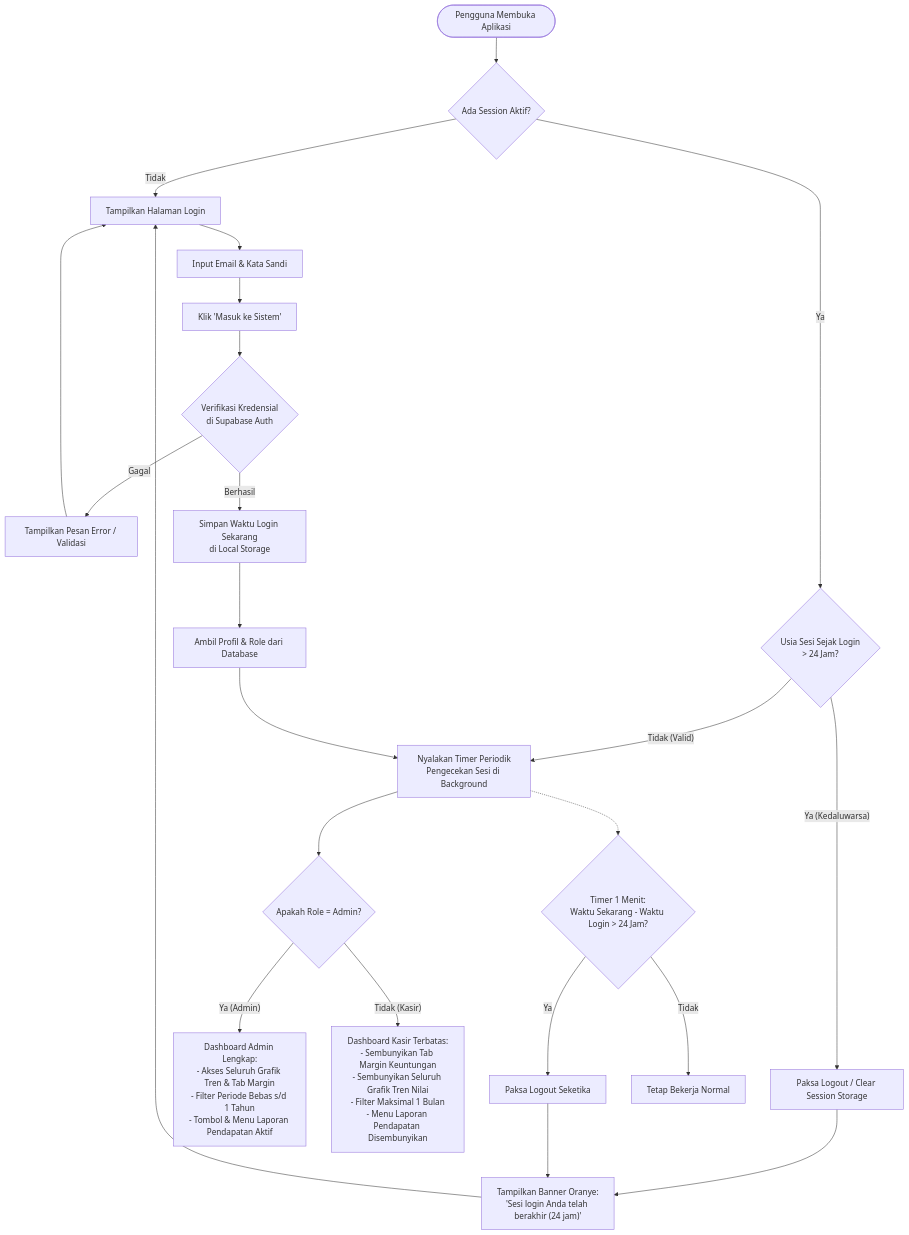
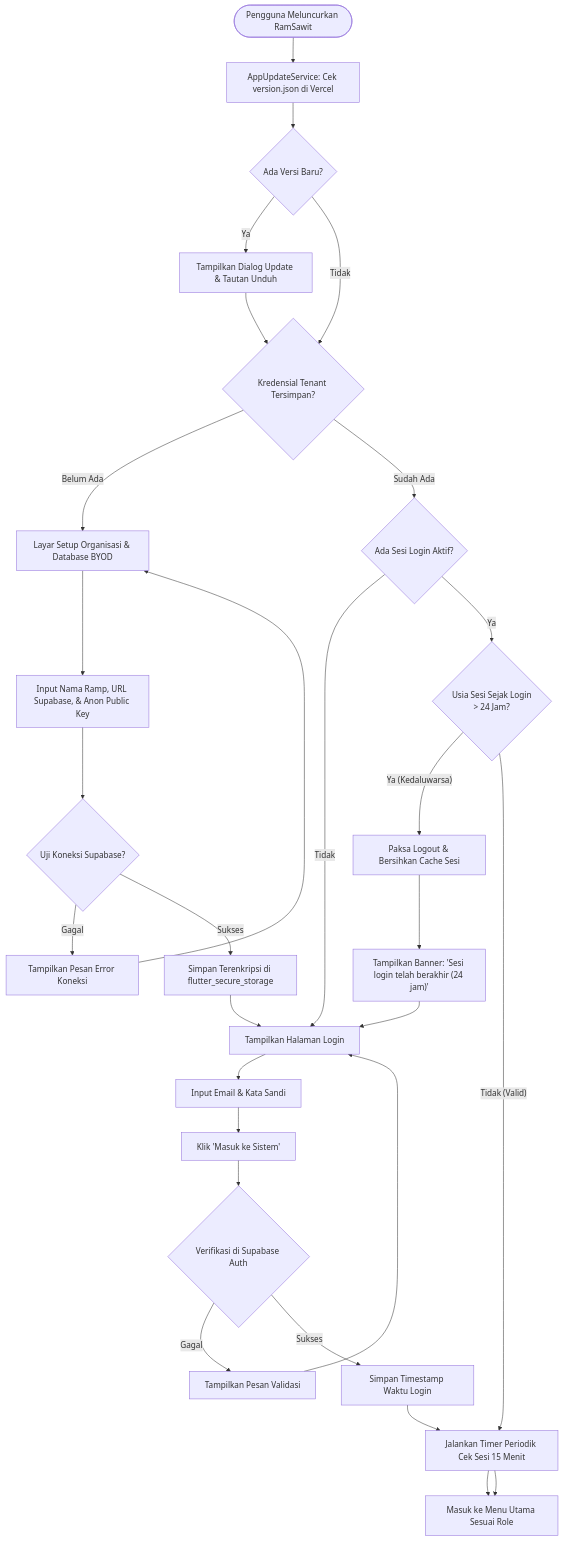
The sixth of 13 diagrams in doc/DIAGRAM-SISTEM-Aplikasi-Transaksi-Sawit.md (Mfkr07/RamSawit-App), drawn with Mermaid before and after one commit. The commit also changed other lines of this file and 7 other files, not shown here.

````diff
--- a/doc/DIAGRAM-SISTEM-Aplikasi-Transaksi-Sawit.md
+++ b/doc/DIAGRAM-SISTEM-Aplikasi-Transaksi-Sawit.md
@@ -391,35 +448,28 @@
 ```mermaid
 flowchart TD
-    Start([Pengguna Membuka Aplikasi]) --> CheckSession{Ada Session Aktif?}
-    
+    Start([Pengguna Meluncurkan RamSawit]) --> CheckUpdate[AppUpdateService: Cek version.json di Vercel]
+    CheckUpdate --> UpdatePrompt{Ada Versi Baru?}
+    UpdatePrompt -- Ya --> ShowModalUpdate[Tampilkan Dialog Update & Tautan Unduh]
+    UpdatePrompt -- Tidak --> CheckBYOD{Kredensial Tenant Tersimpan?}
+    ShowModalUpdate --> CheckBYOD
+
+    CheckBYOD -- Belum Ada --> SetupPage[Layar Setup Organisasi & Database BYOD]
+    SetupPage --> InputKey[Input Nama Ramp, URL Supabase, & Anon Public Key]
+    InputKey --> TestConn{Uji Koneksi Supabase?}
+    TestConn -- Gagal --> ShowErrConn[Tampilkan Pesan Error Koneksi] --> SetupPage
+    TestConn -- Sukses --> SaveSecure[Simpan Terenkripsi di flutter_secure_storage] --> LoginPage
+
+    CheckBYOD -- Sudah Ada --> CheckSession{Ada Sesi Login Aktif?}
     CheckSession -- Tidak --> LoginPage[Tampilkan Halaman Login]
-    CheckSession -- Ya --> CheckAgeA{Usia Sesi Sejak Login<br/>> 24 Jam?}
+    CheckSession -- Ya --> CheckAge{Usia Sesi Sejak Login<br/>> 24 Jam?}
 
-    CheckAgeA -- Ya (Kedaluwarsa) --> AutoLogoutA[Paksa Logout / Clear Session Storage]
-    AutoLogoutA --> BannerMsg["Tampilkan Banner Oranye:<br/>'Sesi login Anda telah berakhir (24 jam)'"]
-    BannerMsg --> LoginPage
+    CheckAge -- Ya (Kedaluwarsa) --> ForceLogout[Paksa Logout & Bersihkan Cache Sesi]
+    ForceLogout --> BannerOrange["Tampilkan Banner: 'Sesi login telah berakhir (24 jam)'"] --> LoginPage
+    CheckAge -- Tidak (Valid) --> StartTimer[Jalankan Timer Periodik Cek Sesi 15 Menit] --> MainApp
 
-    CheckAgeA -- Tidak (Valid) --> StartTimer[Nyalakan Timer Periodik<br/>Pengecekan Sesi di Background]
-    
-    LoginPage --> InputCred[Input Email & Kata Sandi]
-    InputCred --> ClickLogin[Klik 'Masuk ke Sistem']
-    ClickLogin --> AuthSupabase{Verifikasi Kredensial<br/>di Supabase Auth}
-    
-    AuthSupabase -- Gagal --> ShowErr[Tampilkan Pesan Error / Validasi]
-    ShowErr --> LoginPage
-    
-    AuthSupabase -- Berhasil --> SaveTime[Simpan Waktu Login Sekarang<br/>di Local Storage]
-    SaveTime --> GetRole[Ambil Profil & Role dari Database]
-    GetRole --> StartTimer
-    
-    StartTimer --> CheckRole{Apakah Role = Admin?}
-    
-    CheckRole -- Ya (Admin) --> AdminDash[Dashboard Admin Lengkap:<br/>- Akses Seluruh Grafik Tren & Tab Margin<br/>- Filter Periode Bebas s/d 1 Tahun<br/>- Tombol & Menu Laporan Pendapatan Aktif]
-    
-    CheckRole -- Tidak (Kasir) --> KasirDash[Dashboard Kasir Terbatas:<br/>- Sembunyikan Tab Margin Keuntungan<br/>- Sembunyikan Seluruh Grafik Tren Nilai<br/>- Filter Maksimal 1 Bulan<br/>- Menu Laporan Pendapatan Disembunyikan]
-
-    StartTimer -.-> PeriodikCheck{Timer 1 Menit:<br/>Waktu Sekarang - Waktu Login > 24 Jam?}
-    PeriodikCheck -- Ya --> AutoLogoutB[Paksa Logout Seketika]
-    AutoLogoutB --> BannerMsg
-    PeriodikCheck -- Tidak --> KeepRunning[Tetap Bekerja Normal]
+    LoginPage --> InputAuth[Input Email & Kata Sandi]
+    InputAuth --> SubmitAuth[Klik 'Masuk ke Sistem']
+    SubmitAuth --> VerifyAuth{Verifikasi di Supabase Auth}
+    VerifyAuth -- Gagal --> ShowErrAuth[Tampilkan Pesan Validasi] --> LoginPage
+    VerifyAuth -- Sukses --> SaveLoginTime[Simpan Timestamp Waktu Login] --> StartTimer --> MainApp[Masuk ke Menu Utama Sesuai Role]
 ```
````
